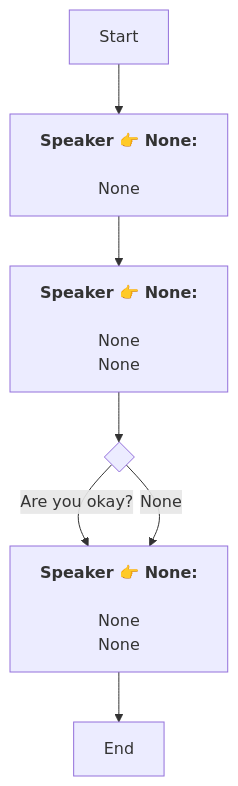
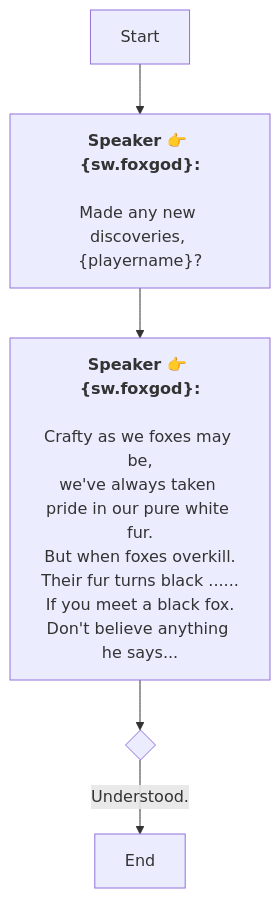
Before and after one commit to SoftHu/tos_avg: the diagram in En/QuestTalkObjectiveNode_1761996296966827.md, drawn with Mermaid. The commit also changed 297 other files, not shown here.

````diff
--- a/En/QuestTalkObjectiveNode_1761996296966827.md
+++ b/En/QuestTalkObjectiveNode_1761996296966827.md
@@ -1,21 +1,17 @@
 ```mermaid
 graph
-Start -->1761996905918126[<b>Speaker 👉 None:</b>
+Start -->1761996905918126[<b>Speaker 👉 &lbrace;sw.foxgod&rbrace;:</b>
 
-None]
-1761996905918126 -->1761996951600820[<b>Speaker 👉 None:</b>
+Made any new discoveries, &lbrace;playername&rbrace;?]
+1761996905918126 -->1761996951600820[<b>Speaker 👉 &lbrace;sw.foxgod&rbrace;:</b>
 
-None
-None]
-1761996951600820 -->1761997005304503{ }
-1761997005304503 -->|Are you okay?|1761997032037052[<b>Speaker 👉 None:</b>
-
-None
-None]
-1761997005304503 -->|None|1761997032037052[<b>Speaker 👉 None:</b>
-
-None
-None]
-1761997032037052 -->1761997069046461[End]
+Crafty as we foxes may be,
+we've always taken pride in our pure white fur.
+But when foxes overkill.
+Their fur turns black ......
+If you meet a black fox.
+Don't believe anything he says...]
+1761996951600820 -->1766955653325709{ }
+1766955653325709 -->|Understood.|1761997069046461[End]
 
  ```
````
